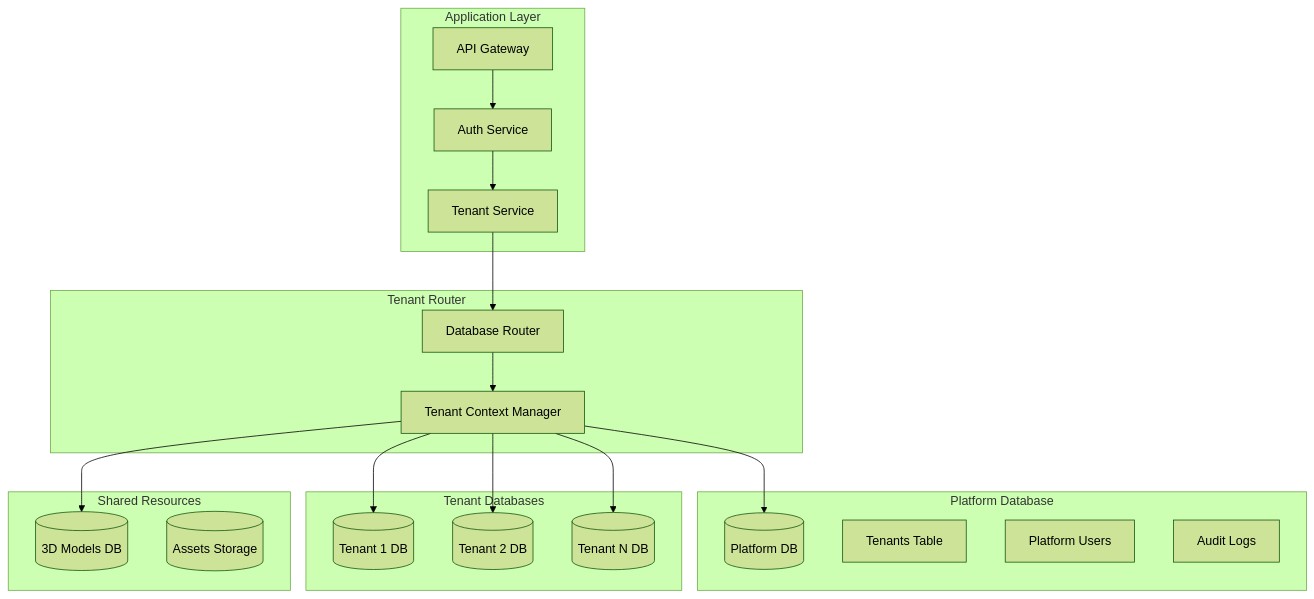
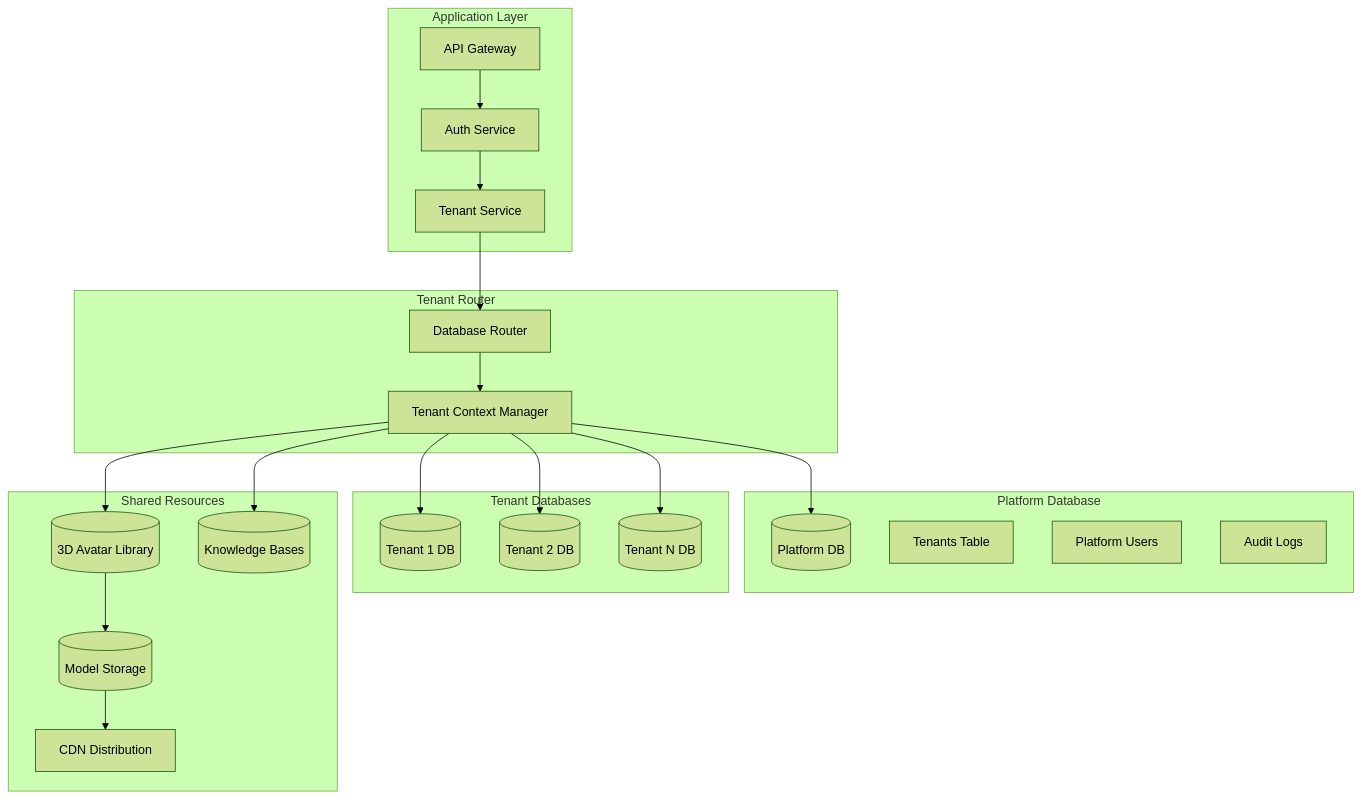
Before and after one commit to kjanat/notso-saas: the diagram in architecture/MULTI_TENANCY_STRATEGY.md, drawn with Mermaid (forest theme). The commit also changed other lines of this file and 13 other files, not shown here.

````diff
--- a/architecture/MULTI_TENANCY_STRATEGY.md
+++ b/architecture/MULTI_TENANCY_STRATEGY.md
@@ -14,41 +15,46 @@
 ```mermaid
 graph TB
     subgraph "Application Layer"
         API[API Gateway]
         AUTH[Auth Service]
         TENANT[Tenant Service]
     end
 
     subgraph "Tenant Router"
         ROUTER[Database Router]
         CONTEXT[Tenant Context Manager]
     end
 
     subgraph "Platform Database"
         PLATFORM[(Platform DB)]
         TENANTS[Tenants Table]
         USERS[Platform Users]
         AUDIT[Audit Logs]
     end
 
     subgraph "Tenant Databases"
         T1[(Tenant 1 DB)]
         T2[(Tenant 2 DB)]
         TN[(Tenant N DB)]
     end
 
     subgraph "Shared Resources"
-        MODELS[(3D Models DB)]
-        ASSETS[(Assets Storage)]
+        AVATARS[(3D Avatar Library)]
+        KNOWLEDGE[(Knowledge Bases)]
+        MODELS[(Model Storage)]
+        CDN[CDN Distribution]
     end
 
     API --> AUTH
     AUTH --> TENANT
     TENANT --> ROUTER
     ROUTER --> CONTEXT
     CONTEXT --> PLATFORM
     CONTEXT --> T1
     CONTEXT --> T2
     CONTEXT --> TN
-    CONTEXT --> MODELS
+    CONTEXT --> AVATARS
+    CONTEXT --> KNOWLEDGE
+    AVATARS --> MODELS
+    MODELS --> CDN
 ```
````
